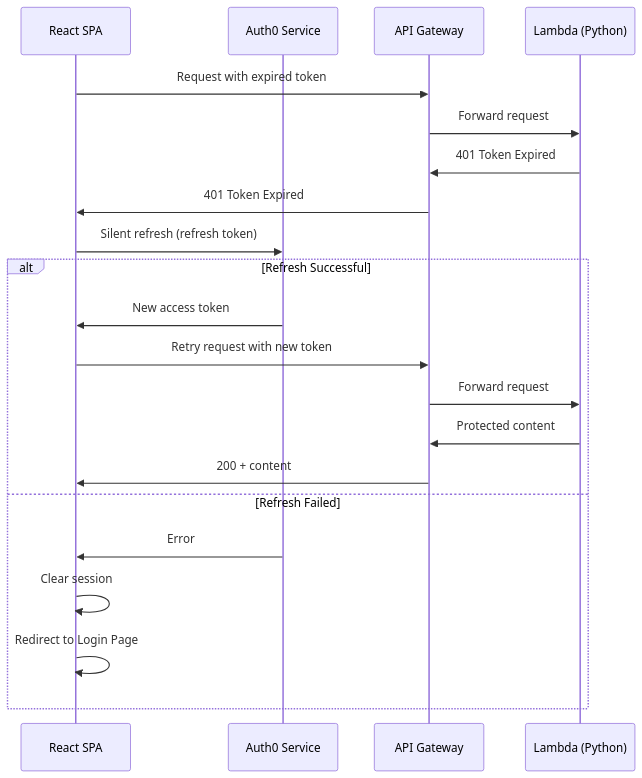
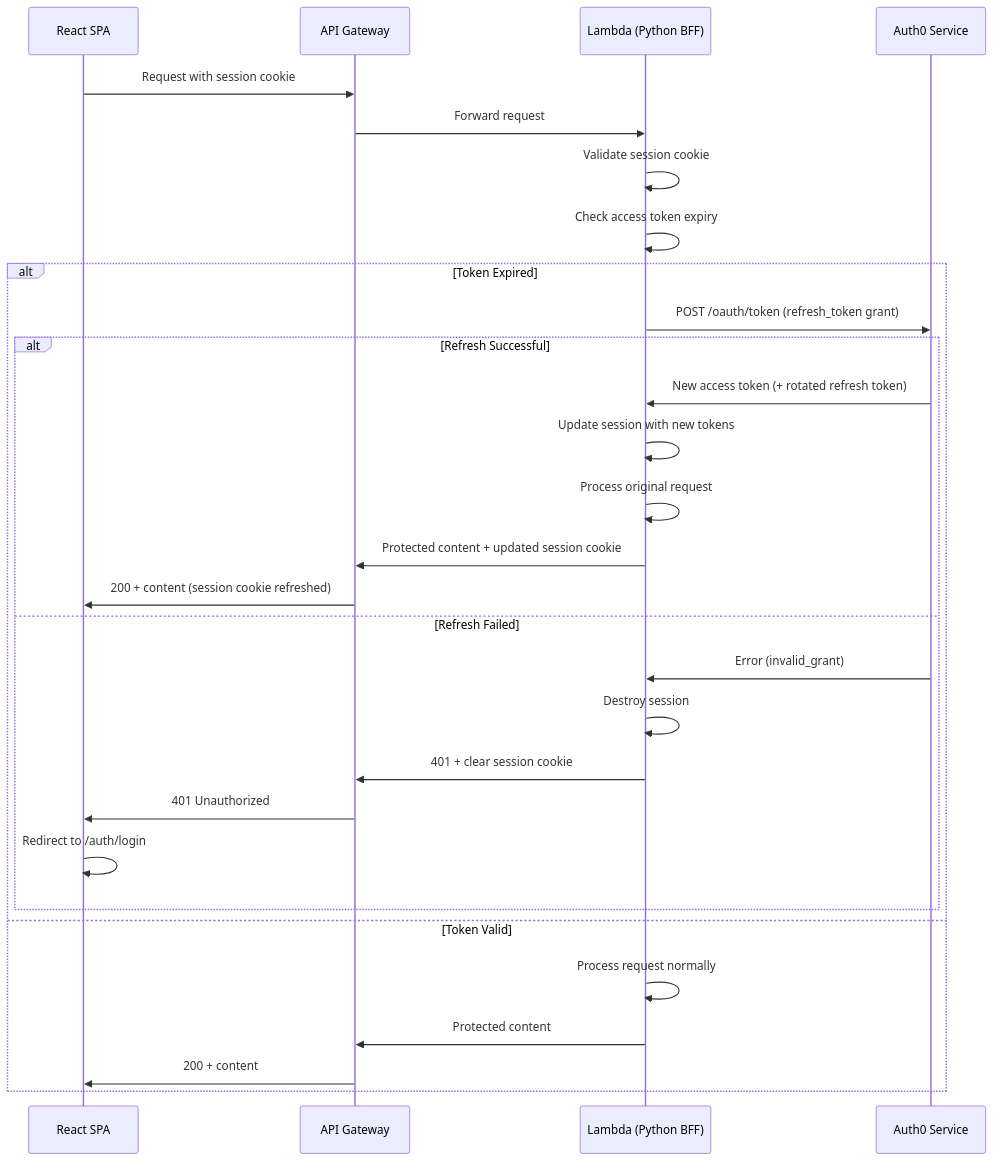
The third of 5 diagrams in .kiro/specs/music-group-app/design.md (david-carlier/ruada-app), drawn with Mermaid before and after one commit. The commit also changed other lines of this file and 48 other files, not shown here.

````diff
--- a/.kiro/specs/music-group-app/design.md
+++ b/.kiro/specs/music-group-app/design.md
@@ -107,24 +131,32 @@
 ```mermaid
 sequenceDiagram
     participant SPA as React SPA
+    participant APIGW as API Gateway
+    participant Lambda as Lambda (Python BFF)
     participant Auth0 as Auth0 Service
-    participant APIGW as API Gateway
-    participant Lambda as Lambda (Python)
 
-    SPA->>APIGW: Request with expired token
+    SPA->>APIGW: Request with session cookie
     APIGW->>Lambda: Forward request
-    Lambda->>APIGW: 401 Token Expired
-    APIGW->>SPA: 401 Token Expired
-    SPA->>Auth0: Silent refresh (refresh token)
-    alt Refresh Successful
-        Auth0->>SPA: New access token
-        SPA->>APIGW: Retry request with new token
-        APIGW->>Lambda: Forward request
+    Lambda->>Lambda: Validate session cookie
+    Lambda->>Lambda: Check access token expiry
+    alt Token Expired
+        Lambda->>Auth0: POST /oauth/token (refresh_token grant)
+        alt Refresh Successful
+            Auth0->>Lambda: New access token (+ rotated refresh token)
+            Lambda->>Lambda: Update session with new tokens
+            Lambda->>Lambda: Process original request
+            Lambda->>APIGW: Protected content + updated session cookie
+            APIGW->>SPA: 200 + content (session cookie refreshed)
+        else Refresh Failed
+            Auth0->>Lambda: Error (invalid_grant)
+            Lambda->>Lambda: Destroy session
+            Lambda->>APIGW: 401 + clear session cookie
+            APIGW->>SPA: 401 Unauthorized
+            SPA->>SPA: Redirect to /auth/login
+        end
+    else Token Valid
+        Lambda->>Lambda: Process request normally
         Lambda->>APIGW: Protected content
         APIGW->>SPA: 200 + content
-    else Refresh Failed
-        Auth0->>SPA: Error
-        SPA->>SPA: Clear session
-        SPA->>SPA: Redirect to Login Page
     end
 ```
````
